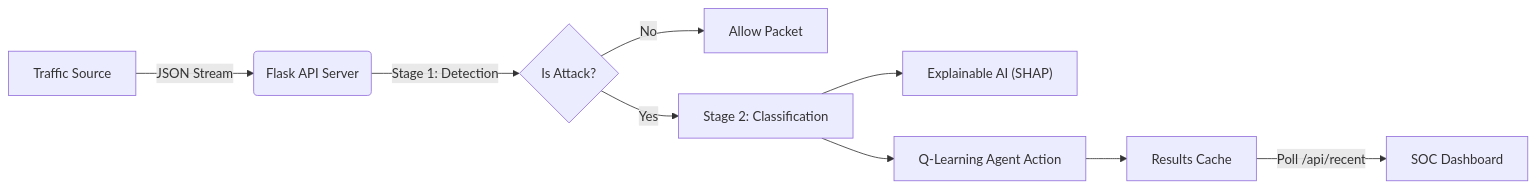
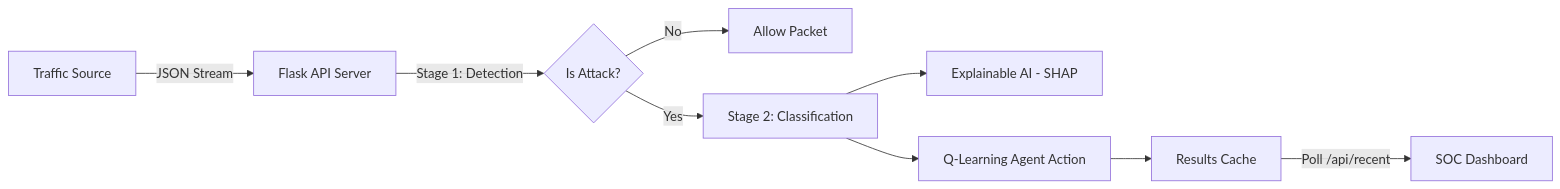
The diagram in README.md (Deez-Automations/ARSS), drawn with Mermaid before and after one commit.

Commit message:
fix(docs): Remove parentheses from Mermaid diagram to fix GitHub parsing

````diff
--- a/README.md
+++ b/README.md
@@ -32,11 +32,11 @@
 ```mermaid
 graph LR
-    A[Traffic Source] -- JSON Stream --> B(Flask API Server)
+    A[Traffic Source] -- JSON Stream --> B[Flask API Server]
     B -- Stage 1: Detection --> C{Is Attack?}
     C -- No --> D[Allow Packet]
     C -- Yes --> E[Stage 2: Classification]
-    E --> F["Explainable AI (SHAP)"]
+    E --> F[Explainable AI - SHAP]
     E --> G[Q-Learning Agent Action]
     G --> H[Results Cache]
     H -- Poll /api/recent --> I[SOC Dashboard]
 ```
````
